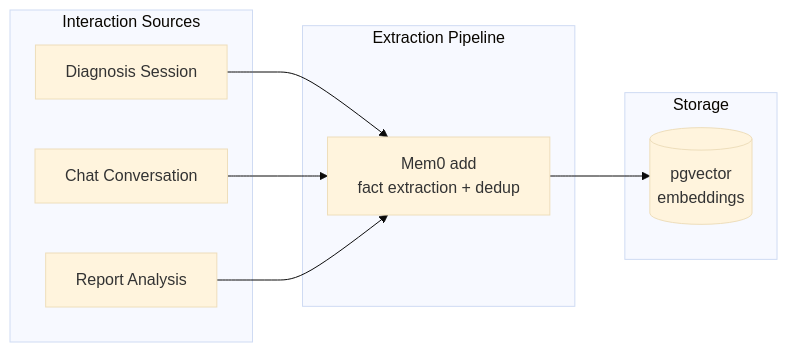
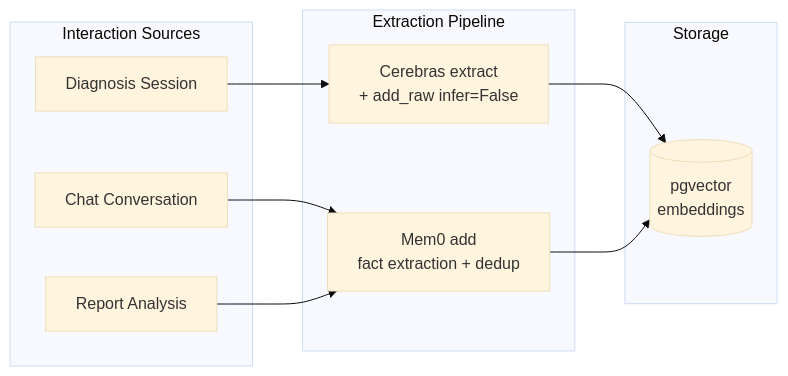
One commit to ArthurZhang2408/familyhealth-ai changed the fourth of 5 diagrams in docs/MEMORY_SYSTEM.md. Above: the diagram before and after it, drawn with Mermaid (base theme). The commit also changed other lines of this file and 22 other files, not shown here.

````diff
--- a/docs/MEMORY_SYSTEM.md
+++ b/docs/MEMORY_SYSTEM.md
@@ -759,21 +783,23 @@
 ```mermaid
 flowchart LR
     subgraph Sources["Interaction Sources"]
         D[Diagnosis Session]
         C[Chat Conversation]
         R[Report Analysis]
     end
 
     subgraph Pipeline["Extraction Pipeline"]
-        EX[Mem0 add<br/>fact extraction + dedup]
+        LLM_EX[Cerebras extract<br/>+ add_raw infer=False]
+        MEM0_EX[Mem0 add<br/>fact extraction + dedup]
     end
 
     subgraph Storage["Storage"]
         VEC[(pgvector<br/>embeddings)]
     end
 
-    D --> EX
-    C --> EX
-    R --> EX
-    EX --> VEC
+    D --> LLM_EX
+    C --> MEM0_EX
+    R --> MEM0_EX
+    LLM_EX --> VEC
+    MEM0_EX --> VEC
 ```
````
